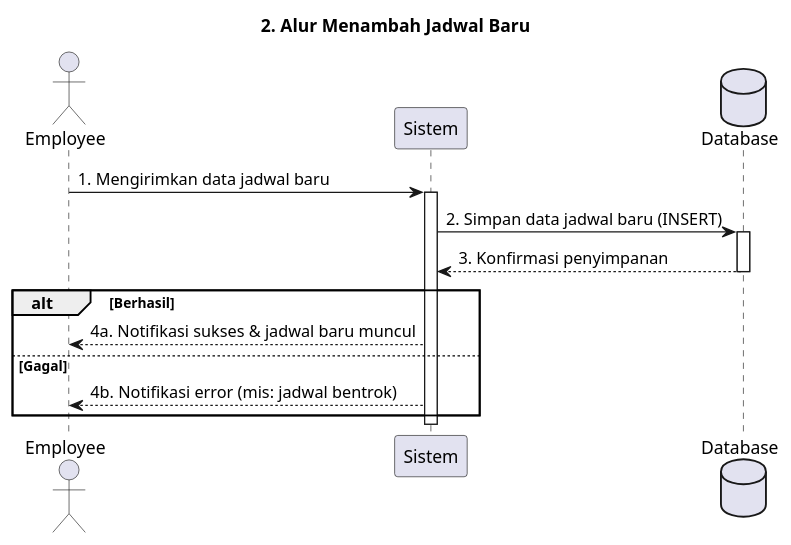
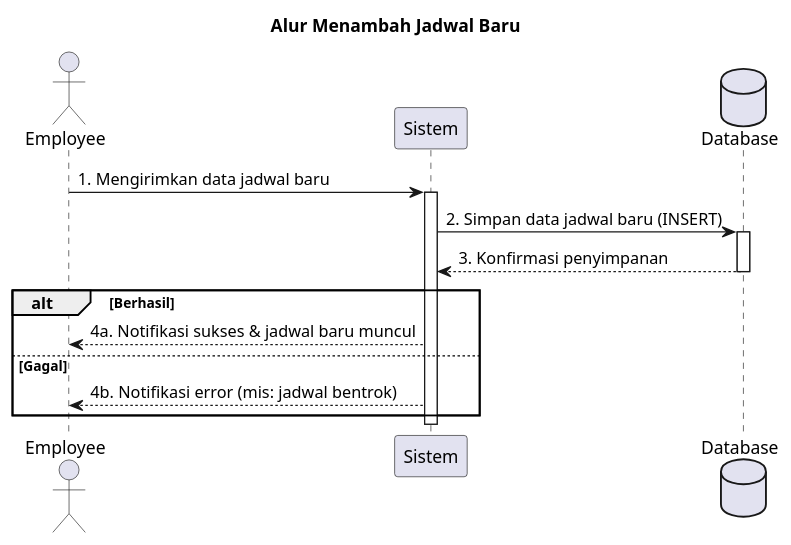
One commit to myasirnovals/Appl changed the diagram in JurnalAPPL/SequenceDiagram/Employee/KelolaJadwal/MenambahJadwalBaru.puml. Above: the diagram before and after it, drawn with PlantUML. The commit also changed 6 other files, not shown here.

```diff
--- a/JurnalAPPL/SequenceDiagram/Employee/KelolaJadwal/MenambahJadwalBaru.puml
+++ b/JurnalAPPL/SequenceDiagram/Employee/KelolaJadwal/MenambahJadwalBaru.puml
@@ -1,22 +1,22 @@
 @startuml
 actor Employee
 participant "Sistem" as System
 database "Database" as DB
 
-title 2. Alur Menambah Jadwal Baru
+title Alur Menambah Jadwal Baru
 
 Employee -> System : 1. Mengirimkan data jadwal baru
 activate System
 System -> DB : 2. Simpan data jadwal baru (INSERT)
 activate DB
 DB --> System : 3. Konfirmasi penyimpanan
 deactivate DB
 
 alt Berhasil
     System --> Employee : 4a. Notifikasi sukses & jadwal baru muncul
 else Gagal
     System --> Employee : 4b. Notifikasi error (mis: jadwal bentrok)
 end
 
 deactivate System
 @enduml
```
